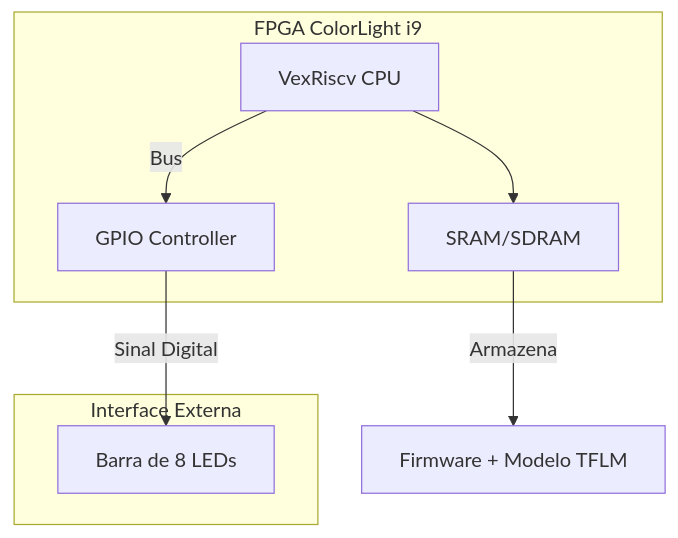
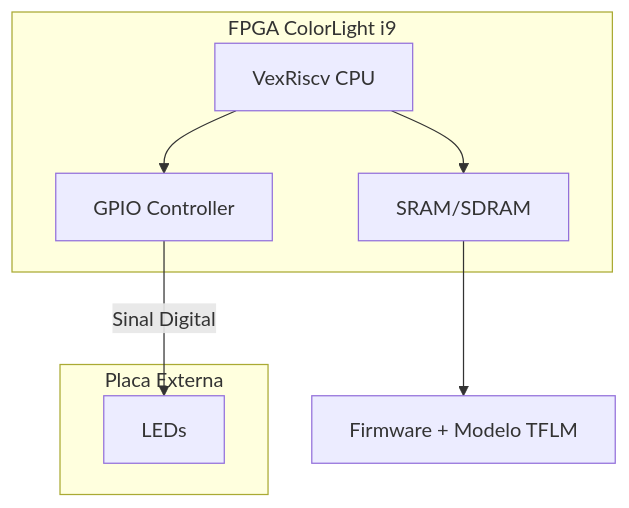
The diagram in README.md (Igor-Gabriel-D/Tarefa-06-Modelo-TensorFlow-Lite-Micro-em-SoC-LiteX), drawn with Mermaid before and after one commit. The commit also changed other lines of this file, not shown here.

First line of the commit message:
Revise block diagram and add hardware information

````diff
--- a/README.md
+++ b/README.md
@@ -10,18 +10,18 @@
 ```mermaid
 graph TD
     A[VexRiscv CPU] --> B[SRAM/SDRAM]
-    B -->|Armazena| C[Firmware + Modelo TFLM]
-    A -->|Bus| D[GPIO Controller]
-    D -->|Sinal Digital| E[Barra de 8 LEDs]
+    B --> C[Firmware + Modelo TFLM]
+    A -->D[GPIO Controller]
+    D -->|Sinal Digital| E[LEDs]
     
     subgraph "FPGA ColorLight i9"
     A
     B
     D
     end
     
-    subgraph "Interface Externa"
+    subgraph "Placa Externa"
     E
     end
 
 ```
````
